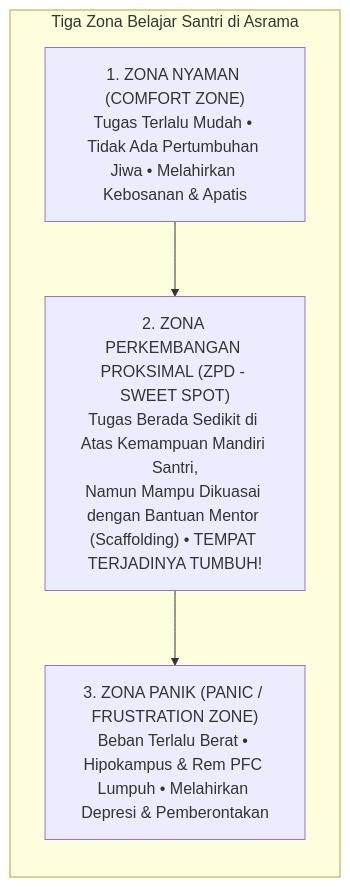
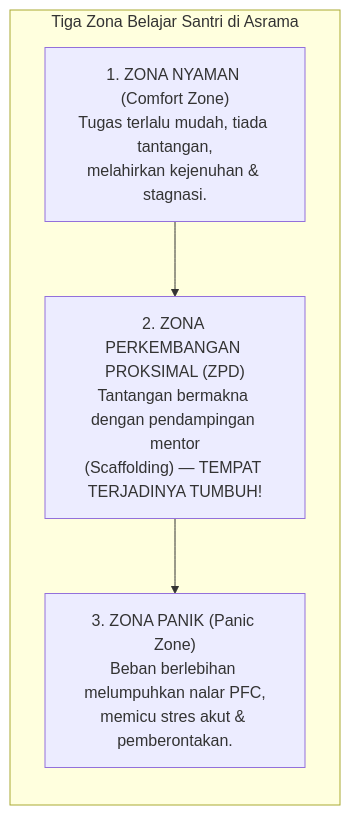
One commit to wandiapriliyandi/tumbuh changed the third of 3 diagrams in BOOK Series 1/01-The-Fundamental-of-TUMBUH/Bab-12-Paradigma-Progresi-Karakter.md. Above: the diagram before and after it, drawn with Mermaid. The commit also changed other lines of this file and 35 other files, not shown here.

Commit message:
fix(book-01): optimasi keterbacaan diagram mermaid pada seluruh bab dan perbarui 20 file PDF

````diff
--- a/BOOK Series 1/01-The-Fundamental-of-TUMBUH/Bab-12-Paradigma-Progresi-Karakter.md
+++ b/BOOK Series 1/01-The-Fundamental-of-TUMBUH/Bab-12-Paradigma-Progresi-Karakter.md
@@ -175,12 +197,9 @@
 ```mermaid
 graph TD
     subgraph TIGA_ZONA_BELAJAR["Tiga Zona Belajar Santri di Asrama"]
         direction TB
-        Z1["1. ZONA NYAMAN (COMFORT ZONE)<br/>Tugas Terlalu Mudah • Tidak Ada Pertumbuhan Jiwa • Melahirkan Kebosanan & Apatis"]
-        Z2["2. ZONA PERKEMBANGAN PROKSIMAL (ZPD - SWEET SPOT)<br/>Tugas Berada Sedikit di Atas Kemampuan Mandiri Santri,<br/>Namun Mampu Dikuasai dengan Bantuan Mentor (Scaffolding) • TEMPAT TERJADINYA TUMBUH!"]
-        Z3["3. ZONA PANIK (PANIC / FRUSTRATION ZONE)<br/>Beban Terlalu Berat • Hipokampus & Rem PFC Lumpuh • Melahirkan Depresi & Pemberontakan"]
-        
-        Z1 --> Z2
-        Z2 --> Z3
+        Z1["1. ZONA NYAMAN (Comfort Zone)<br/>Tugas terlalu mudah, tiada tantangan,<br/>melahirkan kejenuhan & stagnasi."]
+        --> Z2["2. ZONA PERKEMBANGAN PROKSIMAL (ZPD)<br/>Tantangan bermakna dengan pendampingan mentor<br/>(Scaffolding) — TEMPAT TERJADINYA TUMBUH!"]
+        --> Z3["3. ZONA PANIK (Panic Zone)<br/>Beban berlebihan melumpuhkan nalar PFC,<br/>memicu stres akut & pemberontakan."]
     end
 ```
````
